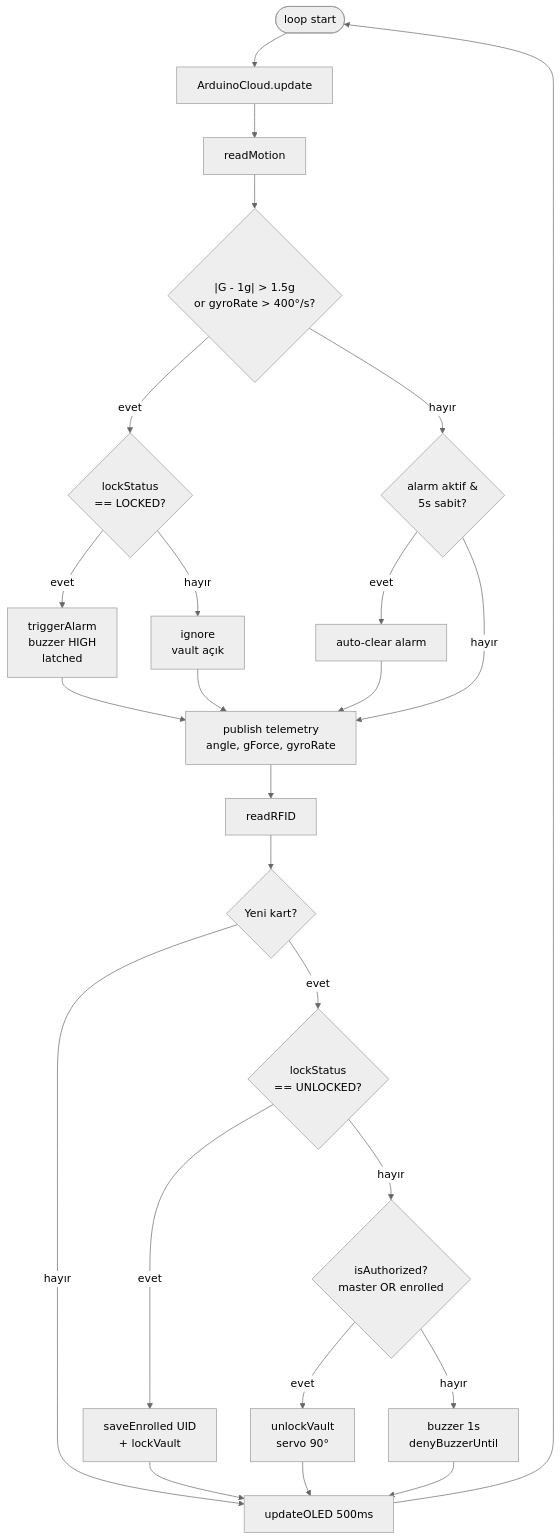
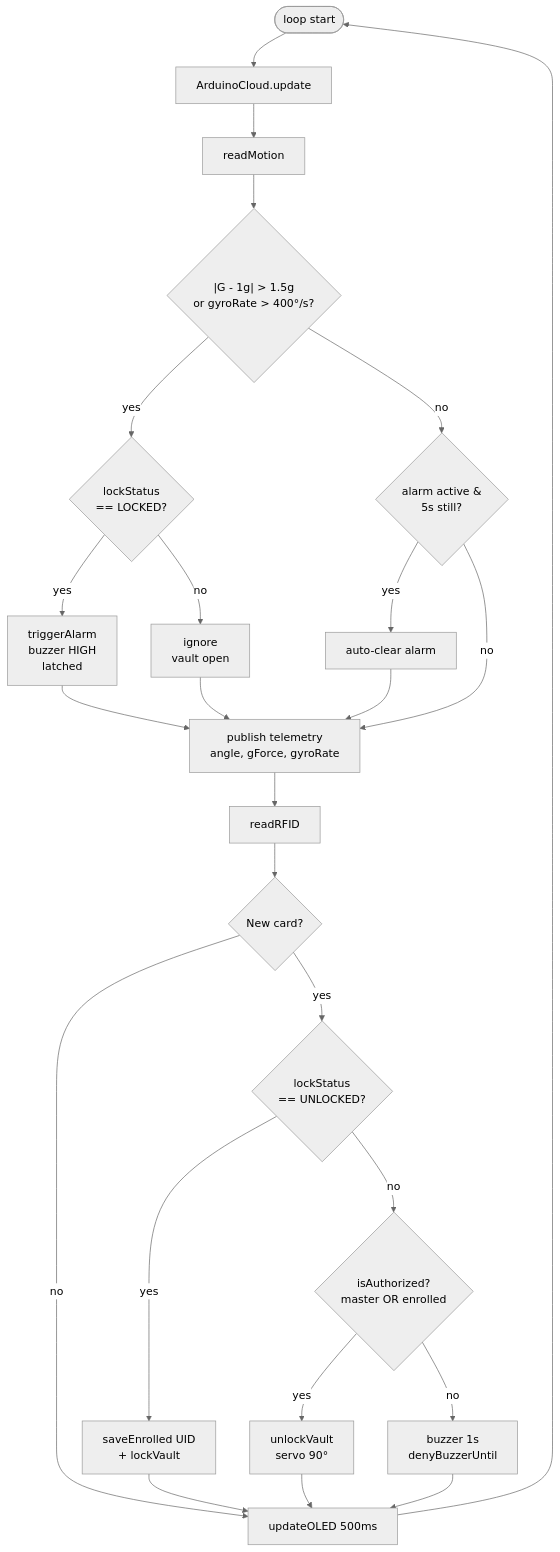
One commit to AliFuatAkyemis/SecureIoT-Transit-Vault changed the second of 3 diagrams in README.md. Above: the diagram before and after it, drawn with Mermaid (neutral theme). The commit also changed other lines of this file, not shown here.

````diff
--- a/README.md
+++ b/README.md
@@ -97,27 +97,27 @@
 ```mermaid
 flowchart TD
     Start([loop start]) --> CU[ArduinoCloud.update]
     CU --> RM[readMotion]
     RM --> CalcG{"|G - 1g| > 1.5g\nor gyroRate > 400°/s?"}
-    CalcG -- evet --> Locked{"lockStatus\n== LOCKED?"}
-    Locked -- evet --> AlarmOn["triggerAlarm\nbuzzer HIGH\nlatched"]
-    Locked -- hayır --> Skip["ignore\nvault açık"]
-    CalcG -- hayır --> ClearChk{"alarm aktif &\n5s sabit?"}
-    ClearChk -- evet --> AutoClr[auto-clear alarm]
-    ClearChk -- hayır --> Pub
+    CalcG -- yes --> Locked{"lockStatus\n== LOCKED?"}
+    Locked -- yes --> AlarmOn["triggerAlarm\nbuzzer HIGH\nlatched"]
+    Locked -- no --> Skip["ignore\nvault open"]
+    CalcG -- no --> ClearChk{"alarm active &\n5s still?"}
+    ClearChk -- yes --> AutoClr[auto-clear alarm]
+    ClearChk -- no --> Pub
     AlarmOn --> Pub["publish telemetry\nangle, gForce, gyroRate"]
     Skip --> Pub
     AutoClr --> Pub
     Pub --> RR[readRFID]
-    RR --> Card{Yeni kart?}
-    Card -- hayır --> OL
-    Card -- evet --> Open{"lockStatus\n== UNLOCKED?"}
-    Open -- evet --> Enroll["saveEnrolled UID\n+ lockVault"]
-    Open -- hayır --> Auth{"isAuthorized?\nmaster OR enrolled"}
-    Auth -- evet --> Unlock["unlockVault\nservo 90°"]
-    Auth -- hayır --> Deny["buzzer 1s\ndenyBuzzerUntil"]
+    RR --> Card{New card?}
+    Card -- no --> OL
+    Card -- yes --> Open{"lockStatus\n== UNLOCKED?"}
+    Open -- yes --> Enroll["saveEnrolled UID\n+ lockVault"]
+    Open -- no --> Auth{"isAuthorized?\nmaster OR enrolled"}
+    Auth -- yes --> Unlock["unlockVault\nservo 90°"]
+    Auth -- no --> Deny["buzzer 1s\ndenyBuzzerUntil"]
     Enroll --> OL["updateOLED 500ms"]
     Unlock --> OL
     Deny --> OL
     OL --> Start
 ```
````
